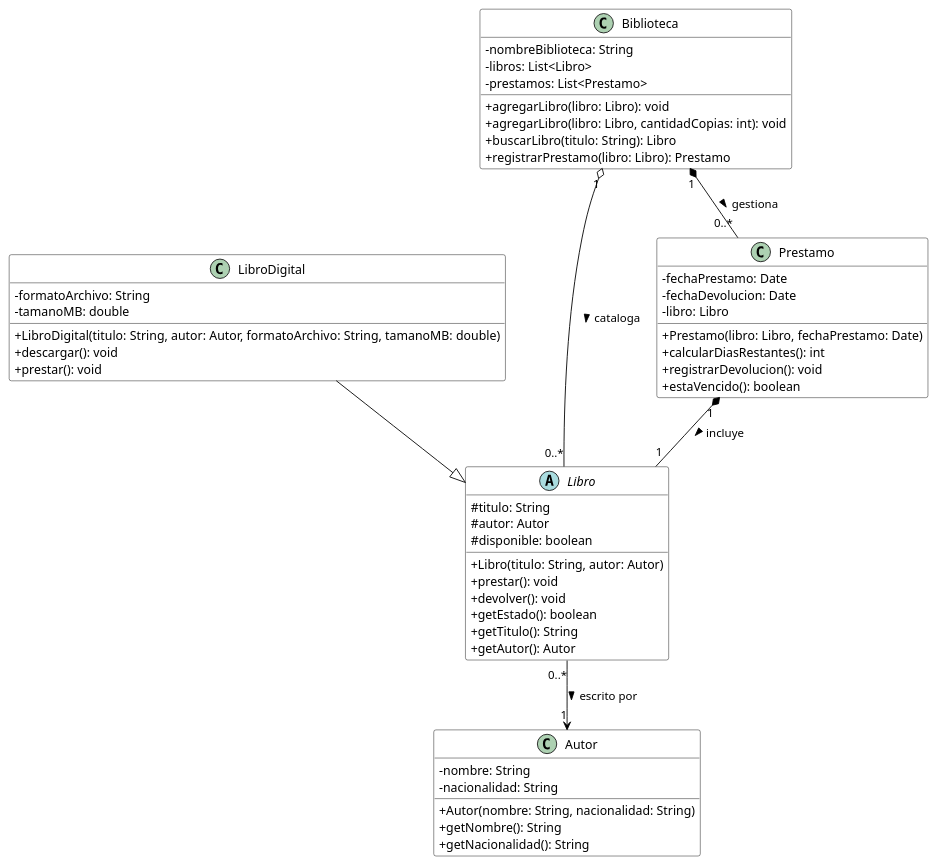
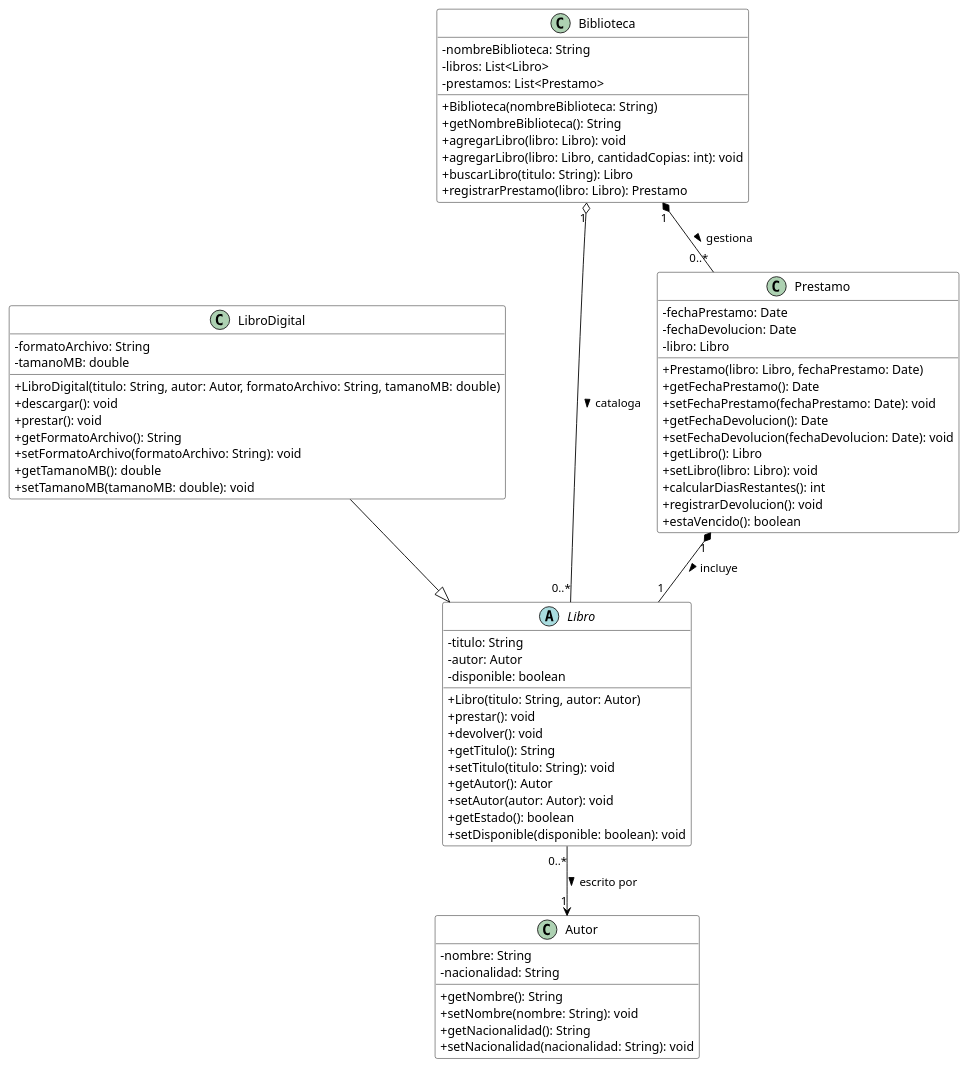
One commit to deiverporras/EA1-DiagramaClases changed the diagram in diagrama_biblioteca.puml. Above: the diagram before and after it, drawn with PlantUML.

Commit message:
Agregar y Modificar Getters y Setters

```diff
--- a/diagrama_biblioteca.puml
+++ b/diagrama_biblioteca.puml
@@ -1,68 +1,84 @@
 @startuml SistemaBiblioteca
 
 skinparam classAttributeIconSize 0
 skinparam class {
   BackgroundColor White
   BorderColor Black
   ArrowColor Black
 }
 
 class Autor {
   - nombre: String
   - nacionalidad: String
-  + Autor(nombre: String, nacionalidad: String)
   + getNombre(): String
+  + setNombre(nombre: String): void
   + getNacionalidad(): String
+  + setNacionalidad(nacionalidad: String): void
 }
 
 abstract class Libro {
-  # titulo: String
-  # autor: Autor
-  # disponible: boolean
+  - titulo: String
+  - autor: Autor
+  - disponible: boolean
   + Libro(titulo: String, autor: Autor)
   + prestar(): void
   + devolver(): void
+  + getTitulo(): String
+  + setTitulo(titulo: String): void
+  + getAutor(): Autor
+  + setAutor(autor: Autor): void
   + getEstado(): boolean
-  + getTitulo(): String
-  + getAutor(): Autor
+  + setDisponible(disponible: boolean): void
 }
 
 class LibroDigital {
   - formatoArchivo: String
   - tamanoMB: double
   + LibroDigital(titulo: String, autor: Autor, formatoArchivo: String, tamanoMB: double)
   + descargar(): void
   + prestar(): void
+  + getFormatoArchivo(): String
+  + setFormatoArchivo(formatoArchivo: String): void
+  + getTamanoMB(): double
+  + setTamanoMB(tamanoMB: double): void
 }
 
 class Biblioteca {
   - nombreBiblioteca: String
   - libros: List<Libro>
   - prestamos: List<Prestamo>
+  + Biblioteca(nombreBiblioteca: String)
+  + getNombreBiblioteca(): String
   + agregarLibro(libro: Libro): void
   + agregarLibro(libro: Libro, cantidadCopias: int): void
   + buscarLibro(titulo: String): Libro
   + registrarPrestamo(libro: Libro): Prestamo
 }
 
 class Prestamo {
   - fechaPrestamo: Date
   - fechaDevolucion: Date
   - libro: Libro
   + Prestamo(libro: Libro, fechaPrestamo: Date)
+  + getFechaPrestamo(): Date
+  + setFechaPrestamo(fechaPrestamo: Date): void
+  + getFechaDevolucion(): Date
+  + setFechaDevolucion(fechaDevolucion: Date): void
+  + getLibro(): Libro
+  + setLibro(libro: Libro): void
   + calcularDiasRestantes(): int
   + registrarDevolucion(): void
   + estaVencido(): boolean
 }
 
 LibroDigital --|> Libro
 
 Libro "0..*" --> "1" Autor : escrito por >
 
 Biblioteca "1" o-- "0..*" Libro : cataloga >
 
 Prestamo "1" *-- "1" Libro : incluye >
 
 Biblioteca "1" *-- "0..*" Prestamo : gestiona >
 
 @enduml
```
